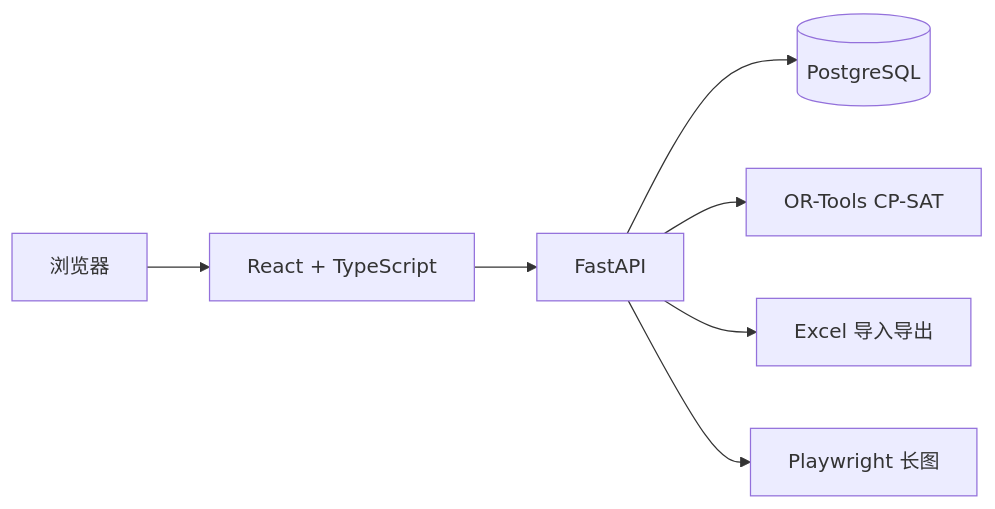
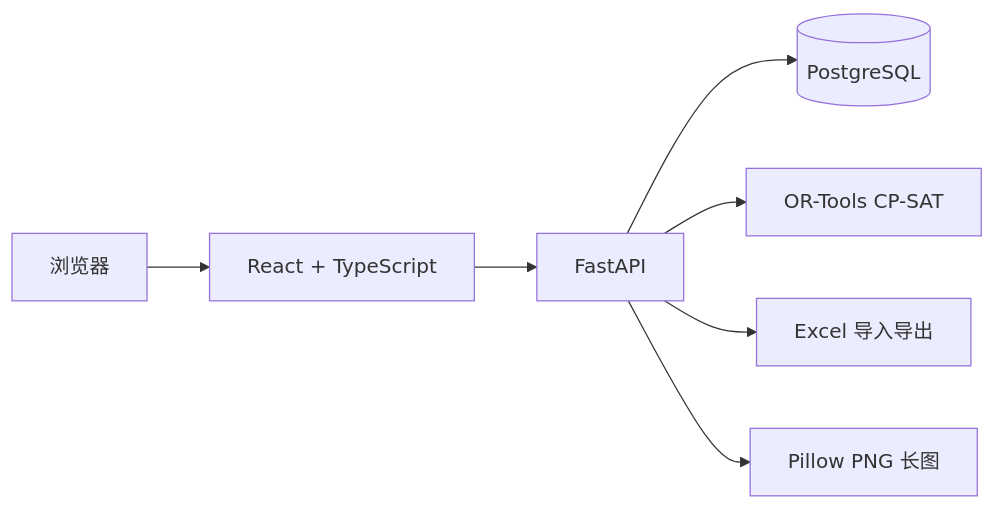
One commit to haonange1314/dnf-leader-tool changed the diagram in README.md. Above: the diagram before and after it, drawn with Mermaid. The commit also changed other lines of this file and 15 other files, not shown here.

````diff
--- a/README.md
+++ b/README.md
@@ -49,9 +49,9 @@
 ```mermaid
 flowchart LR
     Browser["浏览器"] --> Web["React + TypeScript"]
     Web --> API["FastAPI"]
     API --> DB[("PostgreSQL")]
     API --> Solver["OR-Tools CP-SAT"]
     API --> Excel["Excel 导入导出"]
-    API --> Export["Playwright 长图"]
+    API --> Export["Pillow PNG 长图"]
 ```
````
